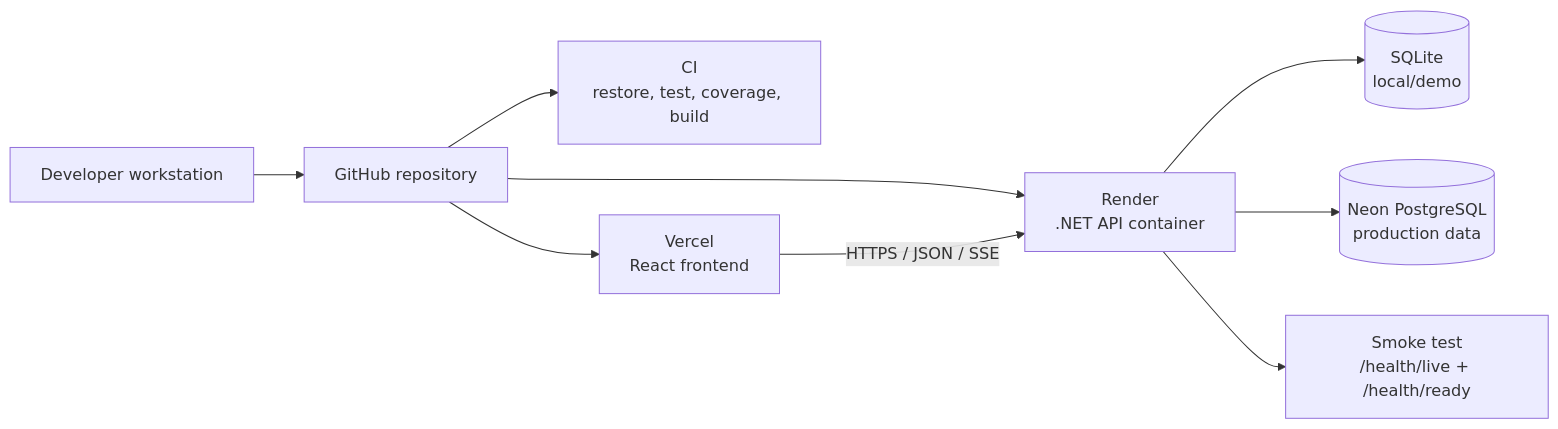
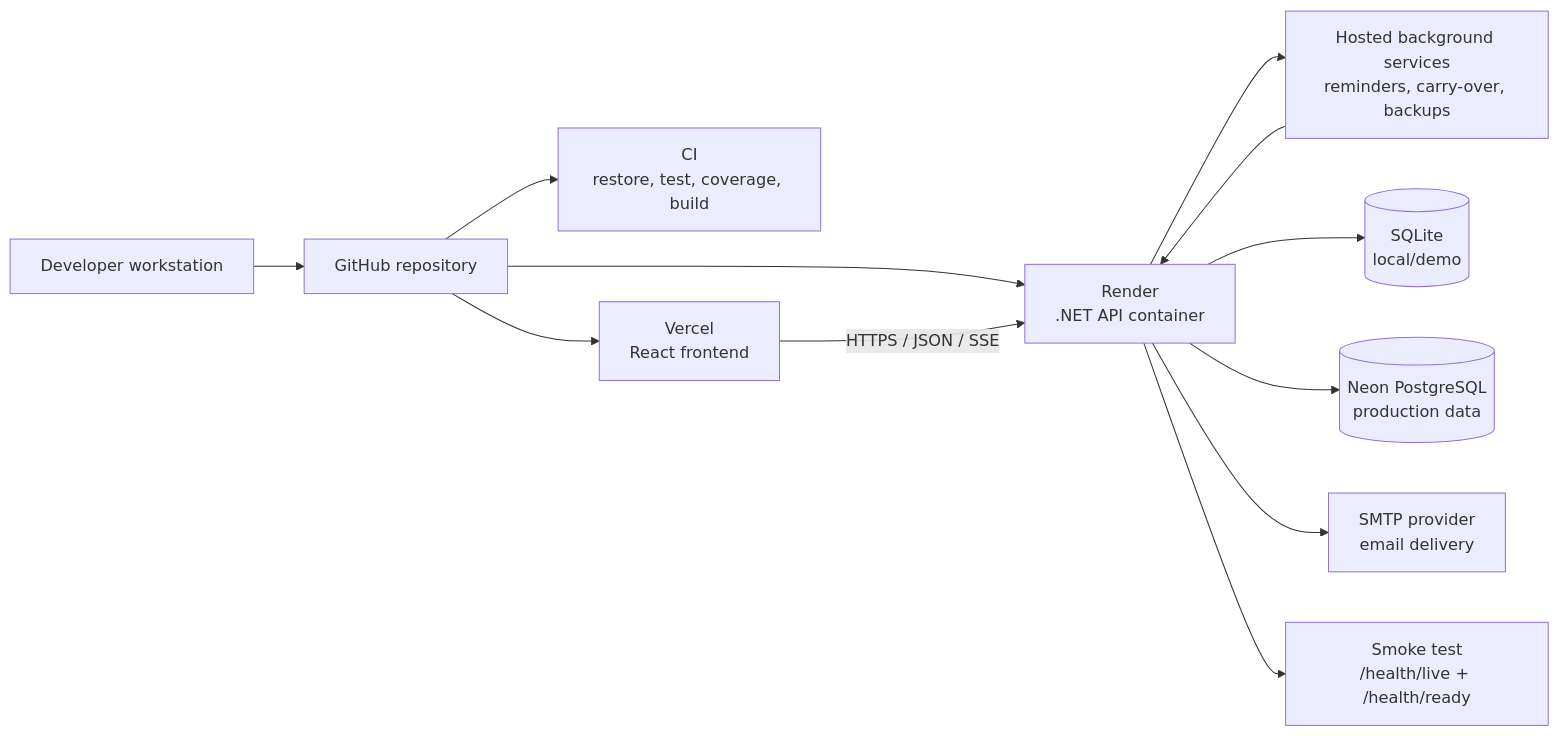
Before and after one commit to bhoyee/TodoApp: the diagram in docs/OPERATIONS.md, drawn with Mermaid. The commit also changed other lines of this file and 2 other files, not shown here.

Commit message:
docs: document hosted background services

````diff
--- a/docs/OPERATIONS.md
+++ b/docs/OPERATIONS.md
@@ -22,20 +22,25 @@
 ```mermaid
 flowchart LR
     Dev["Developer workstation"]
     GitHub["GitHub repository"]
     CI["CI<br/>restore, test, coverage, build"]
     Vercel["Vercel<br/>React frontend"]
     Render["Render<br/>.NET API container"]
+    Jobs["Hosted background services<br/>reminders, carry-over, backups"]
     Sqlite[("SQLite<br/>local/demo")]
     Neon[("Neon PostgreSQL<br/>production data")]
+    Smtp["SMTP provider<br/>email delivery"]
     Smoke["Smoke test<br/>/health/live + /health/ready"]
 
     Dev --> GitHub
     GitHub --> CI
     GitHub --> Vercel
     GitHub --> Render
     Vercel -->|HTTPS / JSON / SSE| Render
+    Render --> Jobs
+    Jobs --> Render
     Render --> Sqlite
     Render --> Neon
+    Render --> Smtp
     Render --> Smoke
 ```
````
